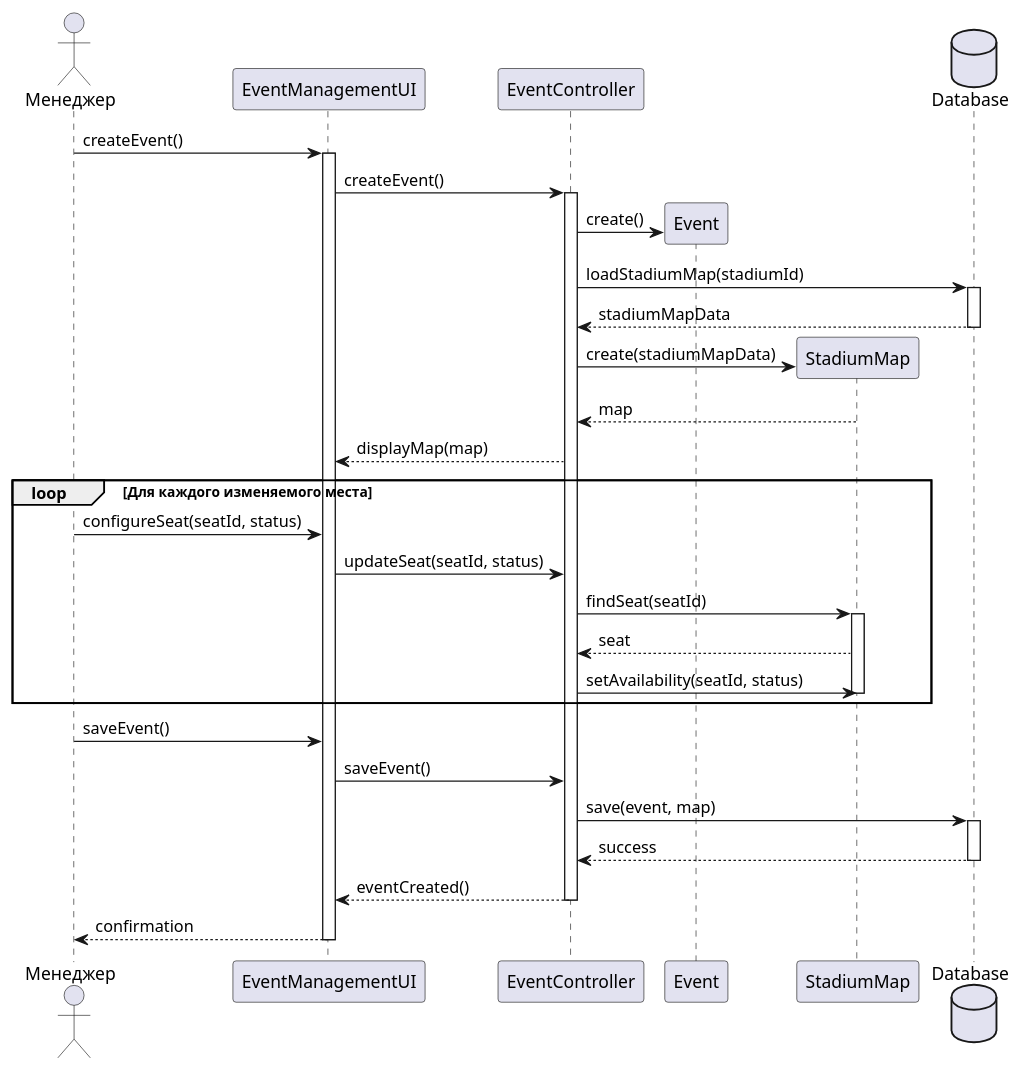
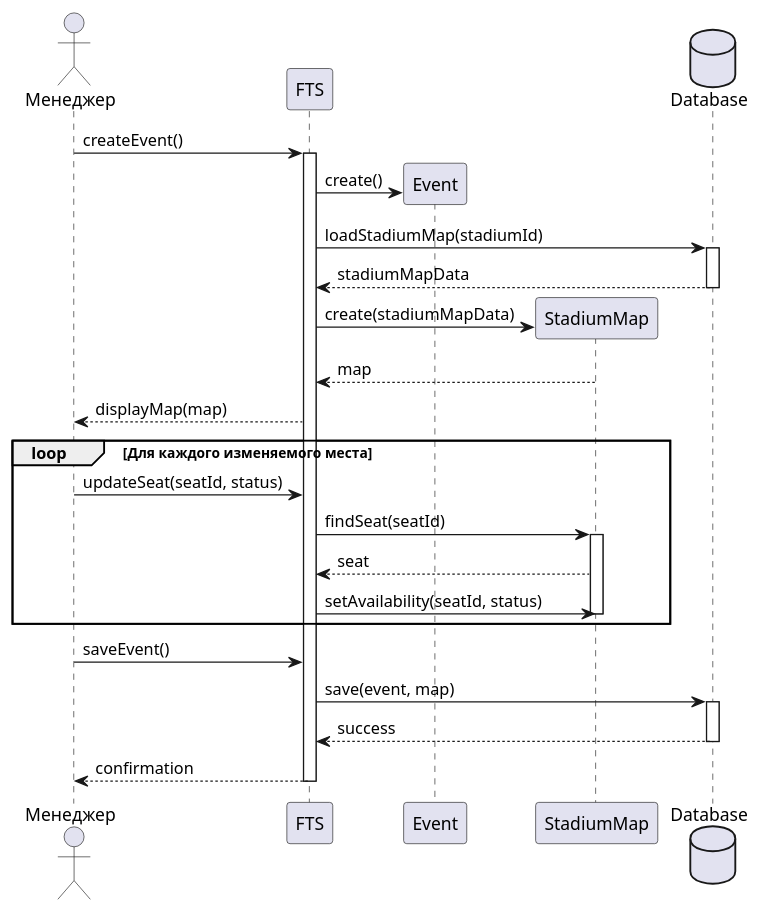
Before and after one commit to penamarth/bsbo-11-24_team5_var10_football: the diagram in Преценденты/Создание и редактирование мероприятия/Диаграмма последовательности.md, drawn with PlantUML. The commit also changed 2 other files, not shown here.

Commit message:
Внес правки в свой прецедент после замечаний преподавателя

````diff
--- a/Преценденты/Создание и редактирование мероприятия/Диаграмма последовательности.md
+++ b/Преценденты/Создание и редактирование мероприятия/Диаграмма последовательности.md
@@ -3,51 +3,44 @@
 ```plantuml
+@startuml
 
 actor "Менеджер" as Manager
 
-participant "EventManagementUI" as UI
-participant "EventController" as Controller
+participant "FTS" as Controller
 participant "Event" as Event
 participant "StadiumMap" as Map
 database "Database" as DB
 
-Manager -> UI : createEvent()
-activate UI
-UI -> Controller : createEvent()
+Manager -> Controller : createEvent()
 activate Controller
 
 create Event
 Controller -> Event : create()
 Controller -> DB : loadStadiumMap(stadiumId)
 activate DB
 DB --> Controller : stadiumMapData
 deactivate DB
 
 create Map
 Controller -> Map : create(stadiumMapData)
 Map --> Controller : map
-Controller --> UI : displayMap(map)
+Controller --> Manager : displayMap(map)
 
 loop Для каждого изменяемого места
-    Manager -> UI : configureSeat(seatId, status)
-    UI -> Controller : updateSeat(seatId, status)
+    Manager -> Controller : updateSeat(seatId, status)
     Controller -> Map : findSeat(seatId)
     activate Map
     Map --> Controller : seat
     Controller -> Map : setAvailability(seatId, status)
     deactivate Map
 end
 
-Manager -> UI : saveEvent()
-UI -> Controller : saveEvent()
+Manager -> Controller : saveEvent()
 Controller -> DB : save(event, map)
 activate DB
 DB --> Controller : success
 deactivate DB
-Controller --> UI : eventCreated()
-deactivate Controller
-UI --> Manager : confirmation
-deactivate UI
+Controller --> Manager : confirmation
+deactivate Controller 
 
 @enduml
-
 ```
````
